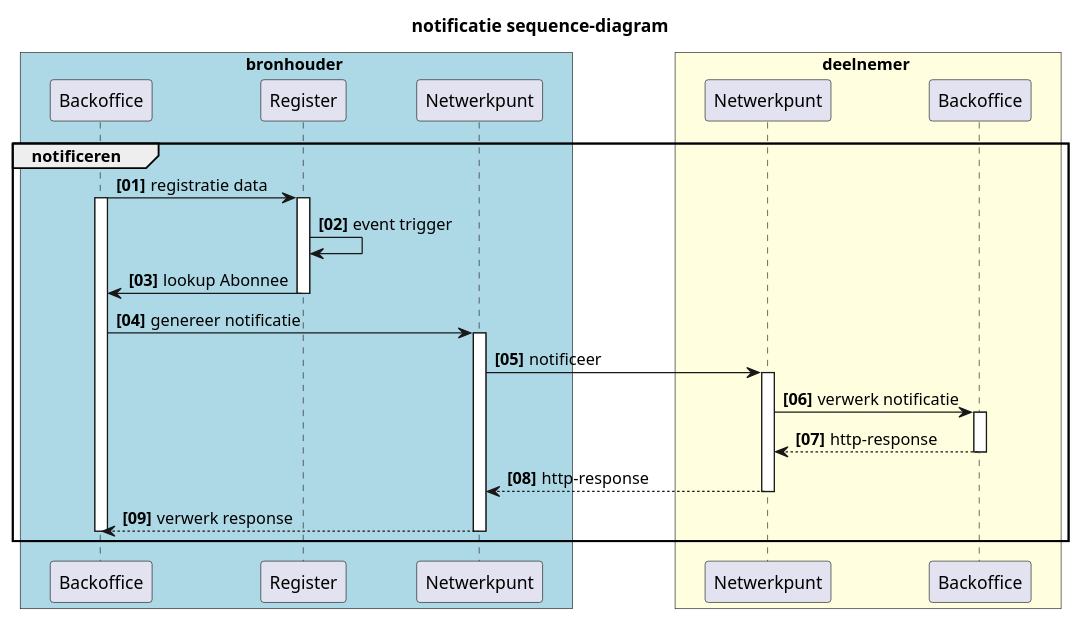
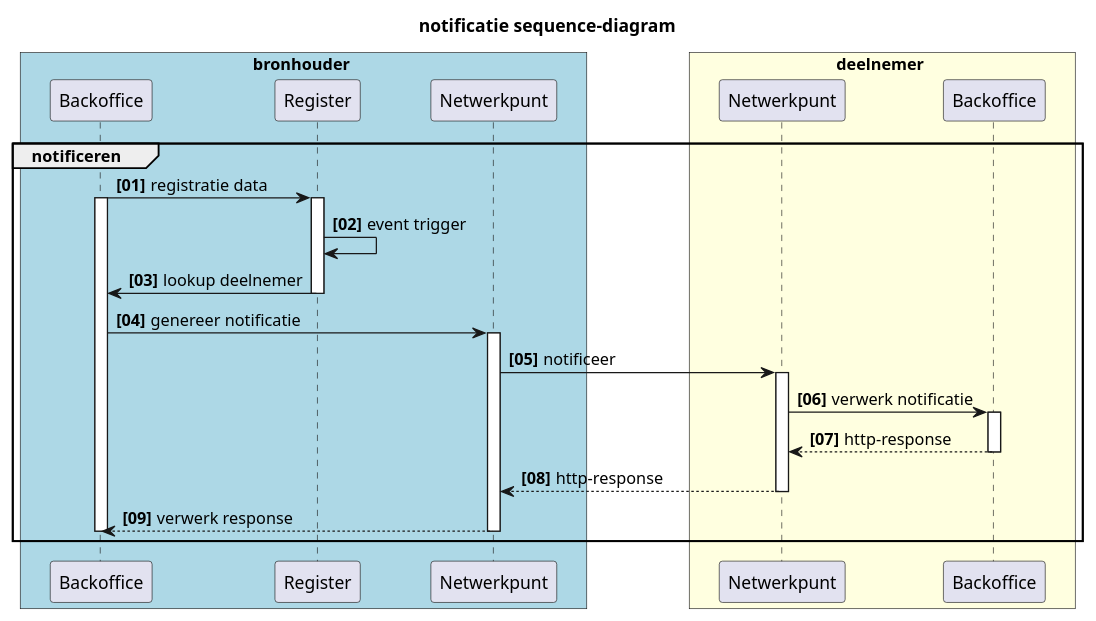
One commit to iStandaarden/iWlz-RequestForComment changed the second of 3 diagrams in RFC/RFC008 - Notificaties en Meldingen.md. Above: the diagram before and after it, drawn with PlantUML. The commit also changed other lines of this file and 2 other files, not shown here.

````diff
--- a/RFC/RFC008 - Notificaties en Meldingen.md
+++ b/RFC/RFC008 - Notificaties en Meldingen.md
@@ -140,45 +138,45 @@
   ```plantuml
   @startuml rfc008-02-notificatie_sequence
   title notificatie sequence-diagram
   skinparam handwritten false
   skinparam participantpadding 20
   skinparam boxpadding 40
   autonumber "<b>[00]"
   box bronhouder #lightblue
   participant "Backoffice" as bs
   participant "Register" as rg
   participant "Netwerkpunt" as bnp 
   end box
 
   box deelnemer #lightyellow
   participant "Netwerkpunt" as dnp
   participant "Backoffice" as dbs
   end box
 
   group notificeren
     bs -> rg : registratie data
     activate rg
     activate bs
     rg -> rg: event trigger
 
-    rg -> bs : lookup Abonnee
+    rg -> bs : lookup deelnemer
     deactivate rg
     bs -> bnp: genereer notificatie
   
     activate bnp
     
     bnp -> dnp: notificeer
     activate dnp
     dnp -> dbs: verwerk notificatie
     activate dbs
     dbs --> dnp: http-response 
     deactivate dbs
     dnp --> bnp: http-response
     deactivate dnp  
     bnp --> bs: verwerk response
     deactivate bnp
     deactivate bs
   end
 
   @enduml
   ```
````
